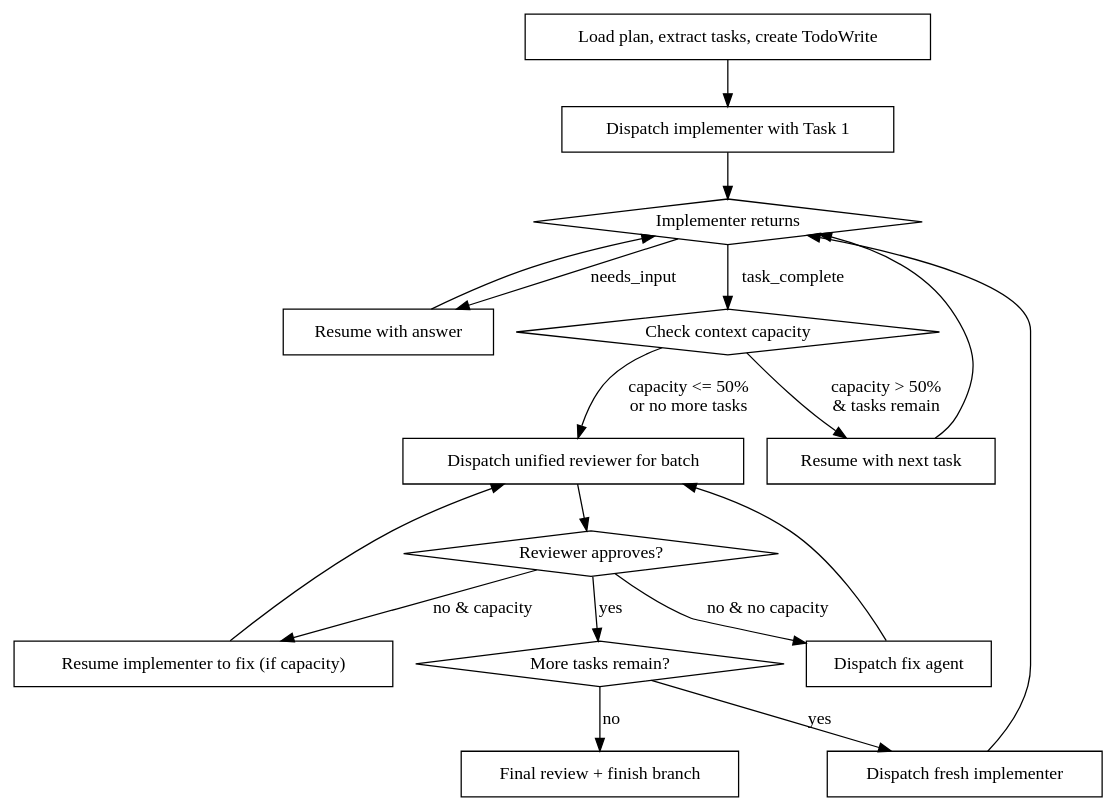
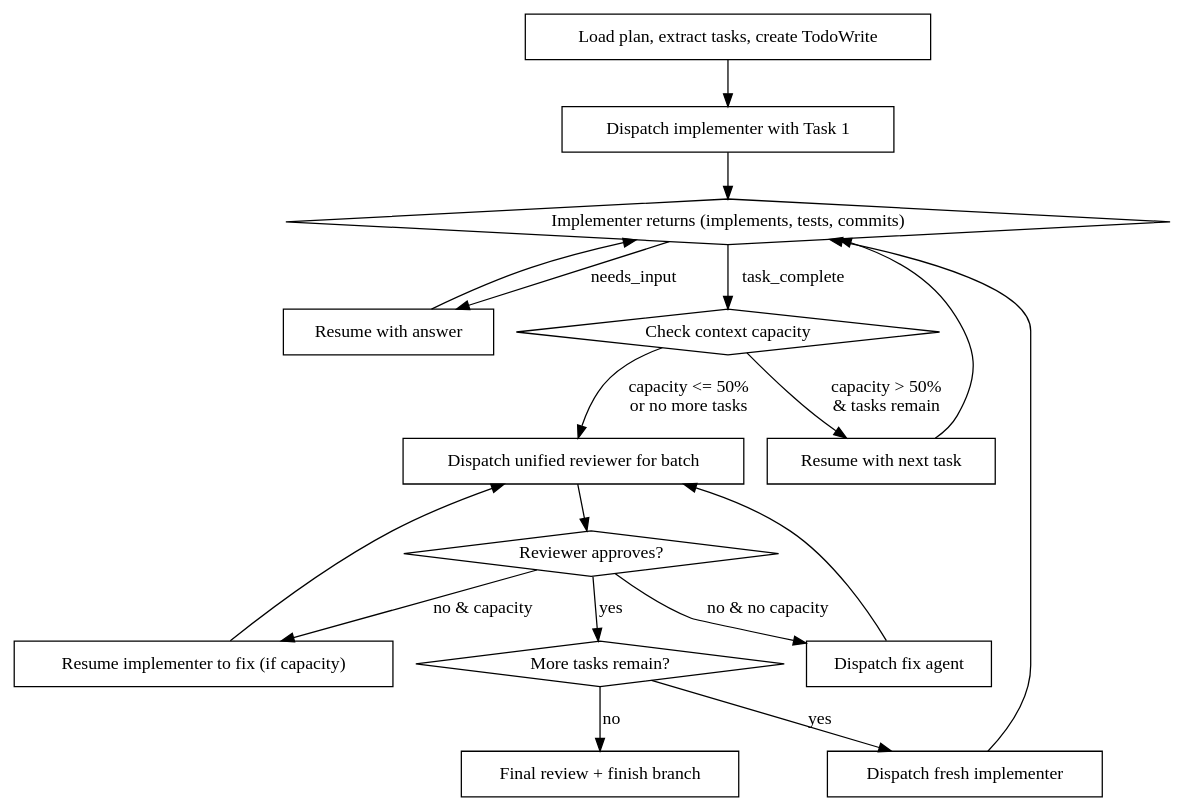
Before and after one commit to zachswift615/opus-says-no: the diagram in skills/go-time/SKILL.md, drawn with Graphviz. The commit also changed other lines of this file and 1 other file, not shown here.

Commit message:
Make commit instructions explicit in go-time skill
Agents weren't committing their work. Added emphasis:
- Diagram now shows "implements, tests, commits" in flow
- Step 4 marked as "REQUIRED: Commit your work (non-negotiable)"
- Completion report requires "committed" field with sha
- Added prohibition: "Don't report completion without committing"

````diff
--- a/skills/go-time/SKILL.md
+++ b/skills/go-time/SKILL.md
@@ -26,44 +26,44 @@
 ```dot
 digraph go_agents {
     rankdir=TB;
 
     "Load plan, extract tasks, create TodoWrite" [shape=box];
     "Dispatch implementer with Task 1" [shape=box];
-    "Implementer returns" [shape=diamond];
+    "Implementer returns (implements, tests, commits)" [shape=diamond];
 
     "Resume with answer" [shape=box];
     "Check context capacity" [shape=diamond];
     "Resume with next task" [shape=box];
     "Dispatch unified reviewer for batch" [shape=box];
     "Reviewer approves?" [shape=diamond];
     "Resume implementer to fix (if capacity)" [shape=box];
     "Dispatch fix agent" [shape=box];
     "More tasks remain?" [shape=diamond];
     "Dispatch fresh implementer" [shape=box];
     "Final review + finish branch" [shape=box];
 
     "Load plan, extract tasks, create TodoWrite" -> "Dispatch implementer with Task 1";
-    "Dispatch implementer with Task 1" -> "Implementer returns";
+    "Dispatch implementer with Task 1" -> "Implementer returns (implements, tests, commits)";
 
-    "Implementer returns" -> "Resume with answer" [label="needs_input"];
-    "Resume with answer" -> "Implementer returns";
+    "Implementer returns (implements, tests, commits)" -> "Resume with answer" [label="needs_input"];
+    "Resume with answer" -> "Implementer returns (implements, tests, commits)";
 
-    "Implementer returns" -> "Check context capacity" [label="task_complete"];
+    "Implementer returns (implements, tests, commits)" -> "Check context capacity" [label="task_complete"];
 
     "Check context capacity" -> "Resume with next task" [label="capacity > 50%\n& tasks remain"];
-    "Resume with next task" -> "Implementer returns";
+    "Resume with next task" -> "Implementer returns (implements, tests, commits)";
 
     "Check context capacity" -> "Dispatch unified reviewer for batch" [label="capacity <= 50%\nor no more tasks"];
 
     "Dispatch unified reviewer for batch" -> "Reviewer approves?";
     "Reviewer approves?" -> "More tasks remain?" [label="yes"];
     "Reviewer approves?" -> "Resume implementer to fix (if capacity)" [label="no & capacity"];
     "Reviewer approves?" -> "Dispatch fix agent" [label="no & no capacity"];
     "Resume implementer to fix (if capacity)" -> "Dispatch unified reviewer for batch";
     "Dispatch fix agent" -> "Dispatch unified reviewer for batch";
 
     "More tasks remain?" -> "Dispatch fresh implementer" [label="yes"];
     "More tasks remain?" -> "Final review + finish branch" [label="no"];
-    "Dispatch fresh implementer" -> "Implementer returns";
+    "Dispatch fresh implementer" -> "Implementer returns (implements, tests, commits)";
 }
 ```
````
